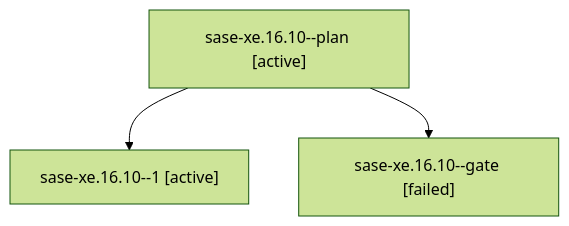
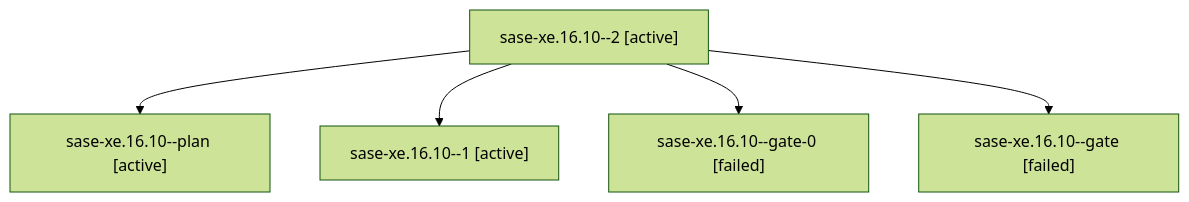
Before and after one commit to sase-org/sase--agents: the diagram in families/bbugyi200.athena.sase-xe.16.10.md, drawn with Mermaid (forest theme). The commit also changed other lines of this file and 170 other files, not shown here.

````diff
--- a/families/bbugyi200.athena.sase-xe.16.10.md
+++ b/families/bbugyi200.athena.sase-xe.16.10.md
@@ -9,8 +9,12 @@
 ```mermaid
 flowchart TD
-  n0["sase-xe.16.10--plan [active]"]
-  n1["sase-xe.16.10--1 [active]"]
+  n0["sase-xe.16.10--2 [active]"]
+  n1["sase-xe.16.10--plan [active]"]
   n0 --> n1
-  n2["sase-xe.16.10--gate [failed]"]
+  n2["sase-xe.16.10--1 [active]"]
   n0 --> n2
+  n3["sase-xe.16.10--gate-0 [failed]"]
+  n0 --> n3
+  n4["sase-xe.16.10--gate [failed]"]
+  n0 --> n4
 ```
````
